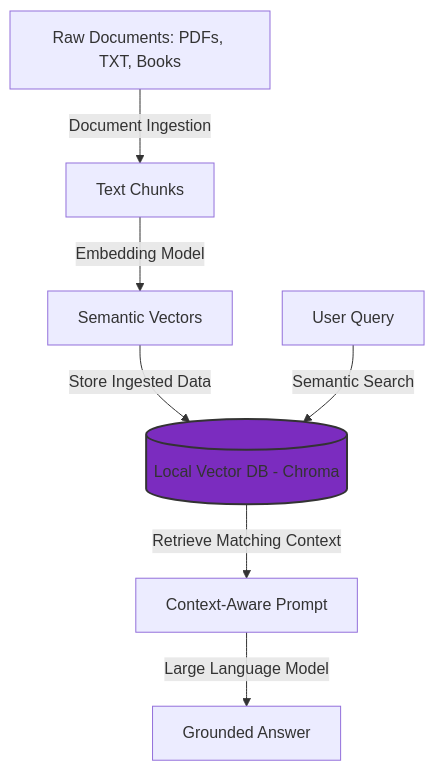
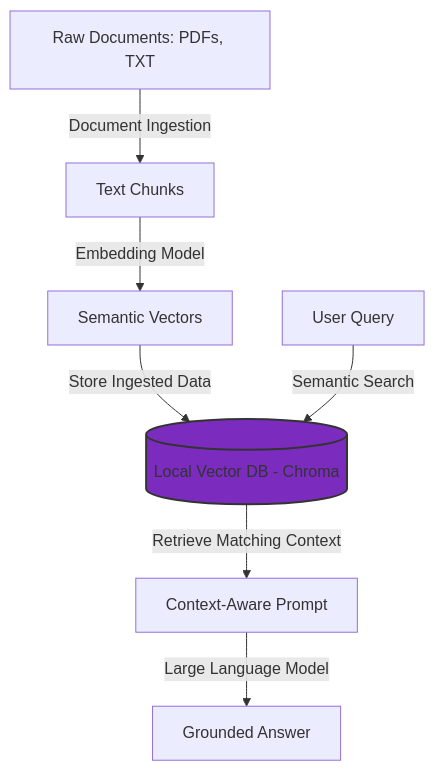
One commit to sujaljadhav14/rag-playground changed the first of 2 diagrams in README.md. Above: the diagram before and after it, drawn with Mermaid. The commit also changed other lines of this file and 12 other files, not shown here.

````diff
--- a/README.md
+++ b/README.md
@@ -43,10 +52,10 @@
 ```mermaid
 graph TD
-    A[Raw Documents: PDFs, TXT, Books] -->|Document Ingestion| B[Text Chunks]
+    A[Raw Documents: PDFs, TXT] -->|Document Ingestion| B[Text Chunks]
     B -->|Embedding Model| C[Semantic Vectors]
     C -->|Store Ingested Data| D[(Local Vector DB - Chroma)]
     E[User Query] -->|Semantic Search| D
     D -->|Retrieve Matching Context| F[Context-Aware Prompt]
     F -->|Large Language Model| G[Grounded Answer]
     style D fill:#7b2cbf,stroke:#333,stroke-width:2px
 ```
````
